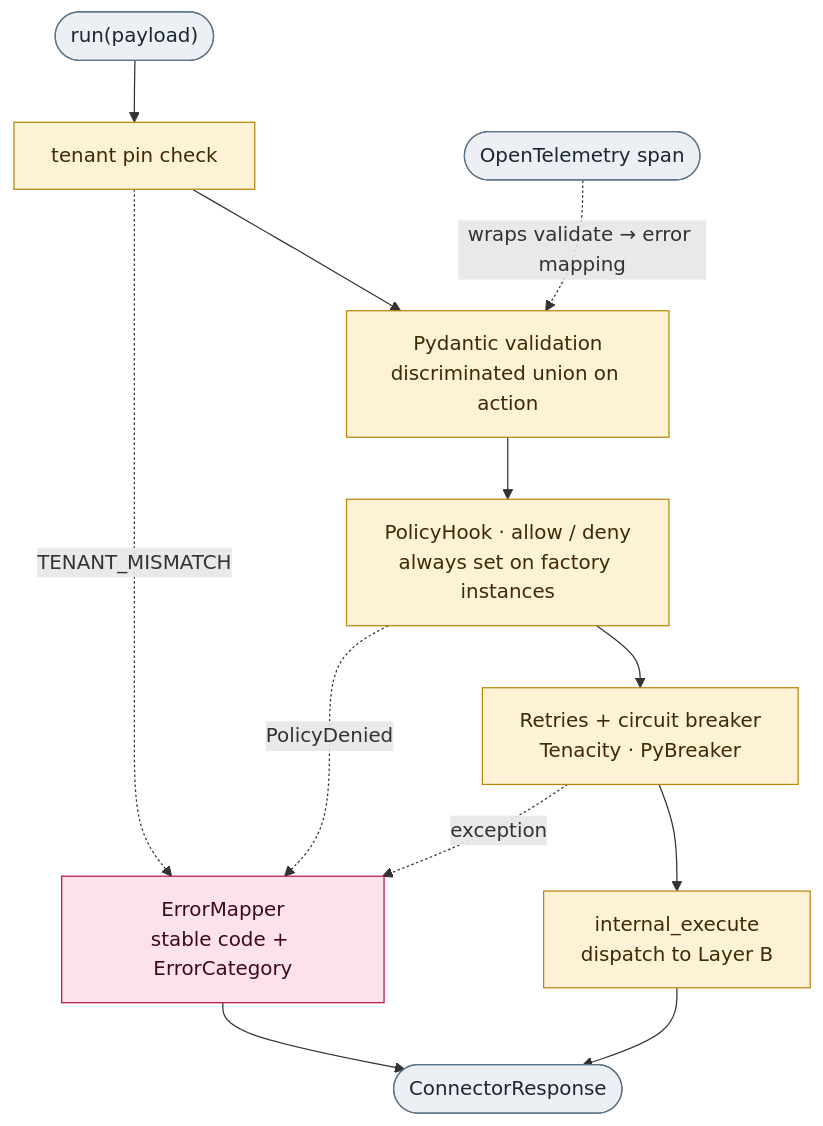
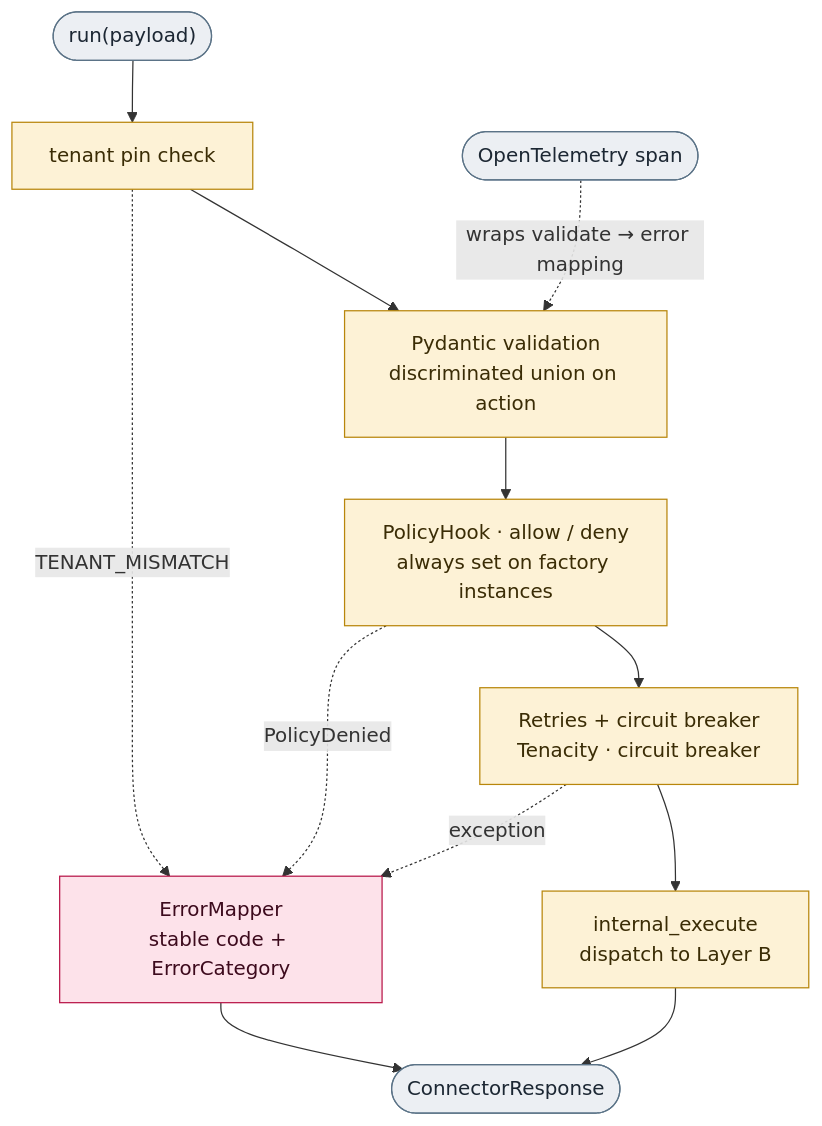
One commit to AOT-Technologies/node-wire changed the third of 3 diagrams in docs/architecture.md. Above: the diagram before and after it, drawn with Mermaid. The commit also changed other lines of this file and 5 other files, not shown here.

````diff
--- a/docs/architecture.md
+++ b/docs/architecture.md
@@ -142,27 +142,27 @@
 ```mermaid
 flowchart TB
     In(["run(payload)"]) --> Pin["tenant pin check"]
     Pin --> Val
     Pin -. "TENANT_MISMATCH" .-> Err
 
     Val["Pydantic validation<br/>discriminated union on action"]
     Pol["PolicyHook · allow / deny<br/>always set on factory instances"]
-    Res["Retries + circuit breaker<br/>Tenacity · PyBreaker"]
+    Res["Retries + circuit breaker<br/>Tenacity · circuit breaker"]
     Exec["internal_execute<br/>dispatch to Layer B"]
     Val --> Pol --> Res --> Exec
     Otel(["OpenTelemetry span"]) -. "wraps validate → error mapping" .-> Val
 
     Err["ErrorMapper<br/>stable code + ErrorCategory"]
     Pol -. "PolicyDenied" .-> Err
     Res -. "exception" .-> Err
     Exec --> Out(["ConnectorResponse"])
     Err --> Out
 
     classDef step fill:#fdf2d6,stroke:#b8860b,stroke-width:1px,color:#3a2c05
     classDef term fill:#eceff3,stroke:#5b7387,stroke-width:1px,color:#1c2733
     classDef err fill:#fde2ea,stroke:#b81548,stroke-width:1px,color:#3d0a1d
     class Pin,Val,Pol,Res,Exec step
     class In,Out term
     class Err err
     class Otel term
 ```
````
